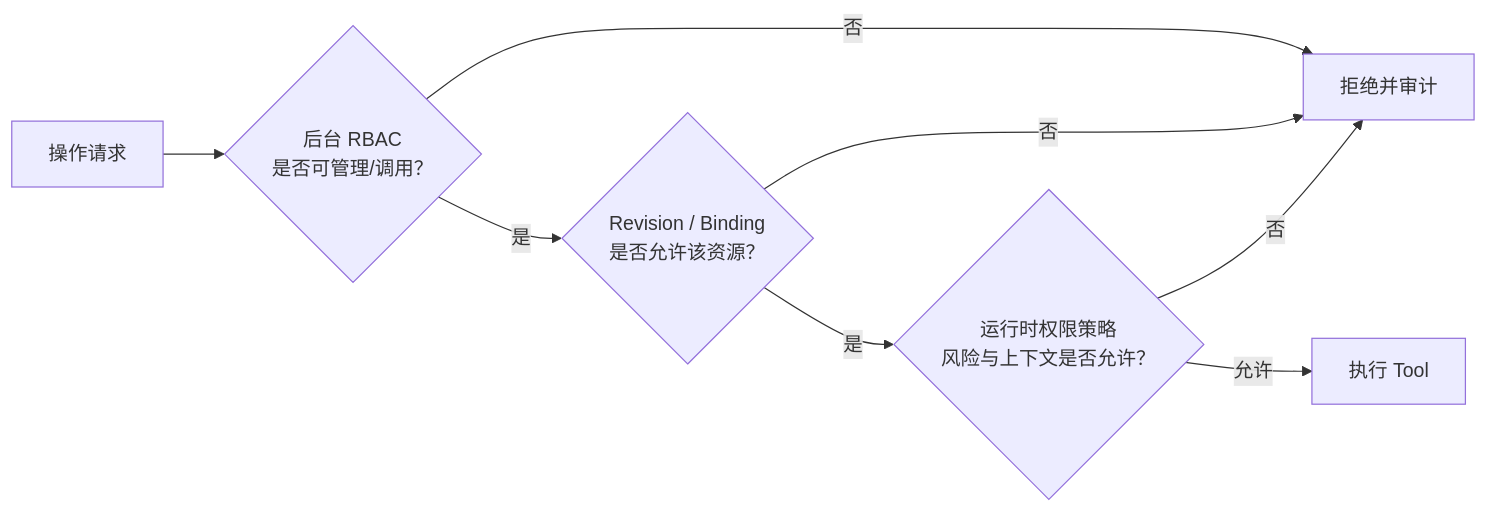
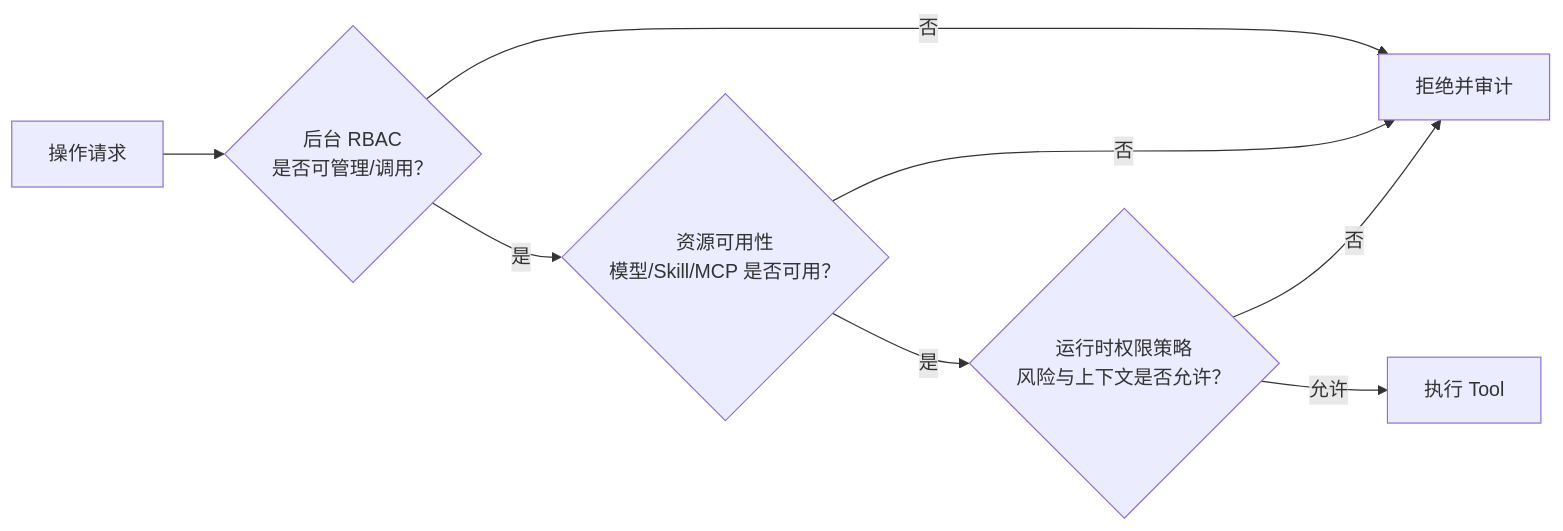
Before and after one commit to wzerf/code-temp: the tenth of 10 diagrams in docs/agent-module-architecture.md, drawn with Mermaid. The commit also changed other lines of this file and 49 other files, not shown here.

````diff
--- a/docs/agent-module-architecture.md
+++ b/docs/agent-module-architecture.md
@@ -358,10 +477,10 @@
 ```mermaid
 flowchart LR
     Request[操作请求] --> RBAC{后台 RBAC\n是否可管理/调用？}
     RBAC -->|否| Deny[拒绝并审计]
-    RBAC -->|是| Revision{Revision / Binding\n是否允许该资源？}
-    Revision -->|否| Deny
-    Revision -->|是| Runtime{运行时权限策略\n风险与上下文是否允许？}
+    RBAC -->|是| Resource{资源可用性\n模型/Skill/MCP 是否可用？}
+    Resource -->|否| Deny
+    Resource -->|是| Runtime{运行时权限策略\n风险与上下文是否允许？}
     Runtime -->|否| Deny
     Runtime -->|允许| Execute[执行 Tool]
 ```
````
